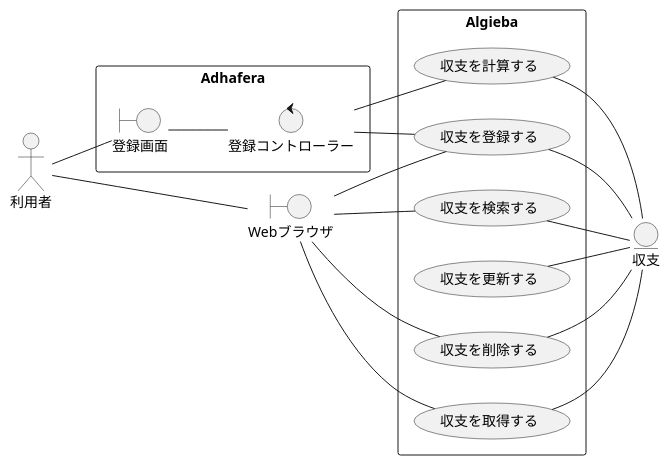
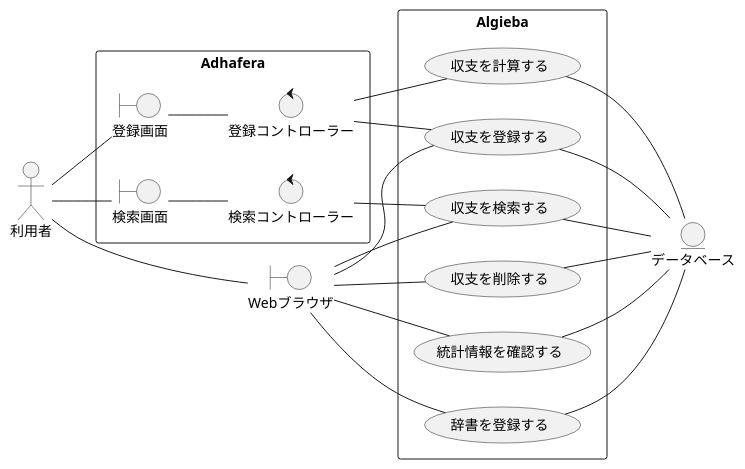
One commit to Leonis0813/chort changed the diagram in payment_manager/index.rst. Above: the diagram before and after it, drawn with PlantUML. The commit also changed other lines of this file, not shown here.

Commit message:
update index

```diff
--- a/payment_manager/index.rst
+++ b/payment_manager/index.rst
@@ -9,31 +9,37 @@
 .. uml::
 
    left to right direction
    skinparam packageStyle rect
    actor 利用者
-   entity 収支
+   entity データベース
 
    rectangle Adhafera {
      boundary 登録画面
+     boundary 検索画面
      control 登録コントローラー
+     control 検索コントローラー
      利用者 -- 登録画面
+     利用者 -- 検索画面
      登録画面 -- 登録コントローラー
+     検索画面 -- 検索コントローラー
    }
 
    boundary Webブラウザ
    利用者 -- Webブラウザ
 
    rectangle Algieba {
      登録コントローラー -- (収支を登録する)
+     登録コントローラー -- (収支を計算する)
+     検索コントローラー -- (収支を検索する)
      Webブラウザ -- (収支を登録する)
-     (収支を登録する) -- 収支
-     Webブラウザ -- (収支を取得する)
-     (収支を取得する) -- 収支
      Webブラウザ -- (収支を検索する)
-     (収支を検索する) -- 収支
-     (収支を更新する) -- 収支
      Webブラウザ -- (収支を削除する)
-     (収支を削除する) -- 収支
-     登録コントローラー -- (収支を計算する)
-     (収支を計算する) -- 収支
+     Webブラウザ -- (統計情報を確認する)
+     Webブラウザ -- (辞書を登録する)
+     (収支を登録する) -- データベース
+     (収支を検索する) -- データベース
+     (収支を削除する) -- データベース
+     (収支を計算する) -- データベース
+     (統計情報を確認する) -- データベース
+     (辞書を登録する) -- データベース
    }
```
